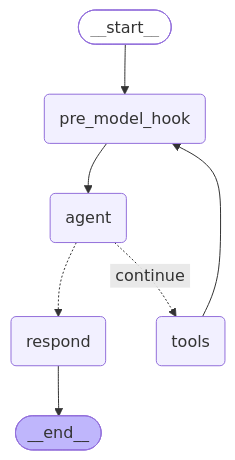
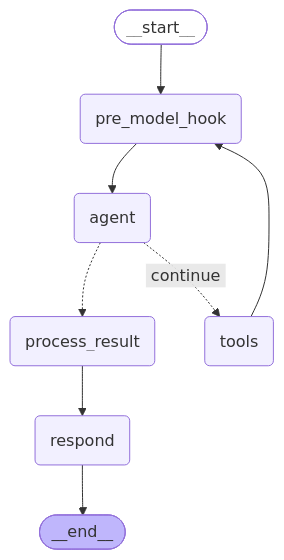
Before and after one commit to factly/gopie: the diagram in chat-server/app/workflow/graph/graph_mermaid/visualize_data_graph.mmd, drawn with Mermaid. The commit also changed 4 other files, not shown here.

```diff
--- a/chat-server/app/workflow/graph/graph_mermaid/visualize_data_graph.mmd
+++ b/chat-server/app/workflow/graph/graph_mermaid/visualize_data_graph.mmd
@@ -1,21 +1,23 @@
 ---
 config:
   flowchart:
     curve: basis
 ---
 graph TD;
 	__start__([<p>__start__</p>]):::first
 	agent(agent)
 	pre_model_hook(pre_model_hook)
+	process_result(process_result)
 	respond(respond)
 	tools(tools)
 	__end__([<p>__end__</p>]):::last
 	__start__ --> pre_model_hook;
-	agent -.-> respond;
+	agent -.-> process_result;
 	agent -. &nbsp;continue&nbsp; .-> tools;
 	pre_model_hook --> agent;
+	process_result --> respond;
 	tools --> pre_model_hook;
 	respond --> __end__;
 	classDef default fill:#f2f0ff,line-height:1.2
 	classDef first fill-opacity:0
 	classDef last fill:#bfb6fc
```
